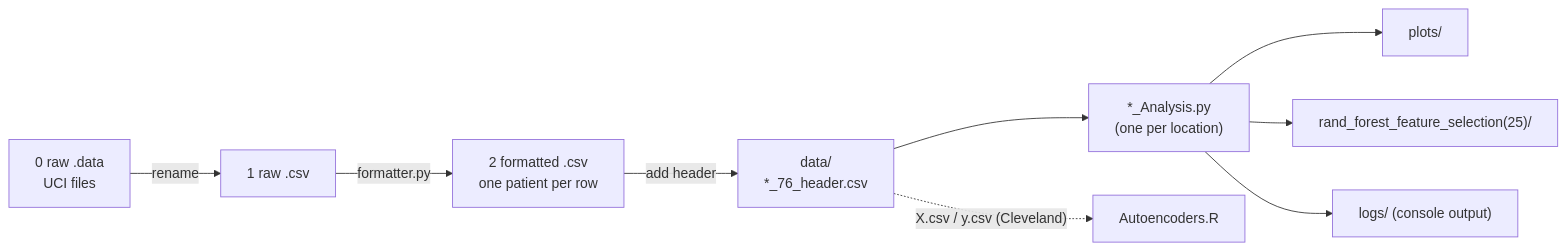
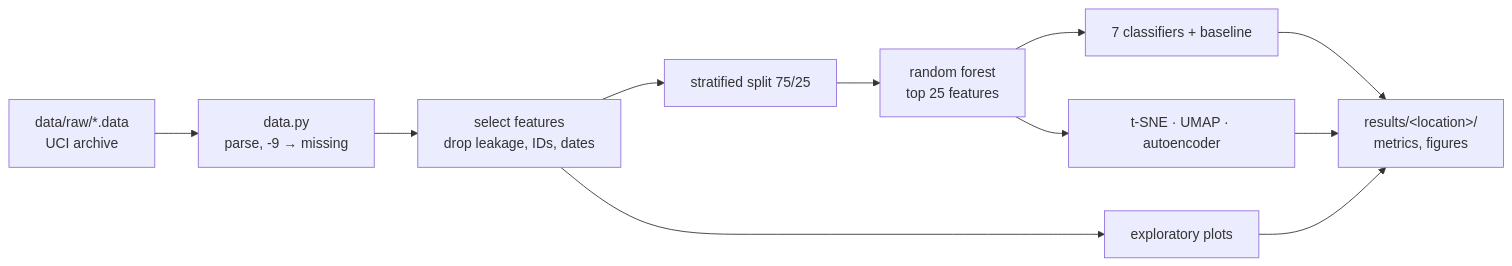
The diagram in README.md (HuberNicolas/heart-disease-risk-factors-uzh), drawn with Mermaid before and after one commit. The commit also changed other lines of this file and 4 other files, not shown here.

````diff
--- a/README.md
+++ b/README.md
@@ -68,11 +70,13 @@
 ```mermaid
 flowchart LR
-    raw["0 raw .data<br/>UCI files"] -->|rename| csv["1 raw .csv"]
-    csv -->|formatter.py| fmt["2 formatted .csv<br/>one patient per row"]
-    fmt -->|add header| data["data/<br/>*_76_header.csv"]
-    data --> analysis["*_Analysis.py<br/>(one per location)"]
-    analysis --> plots["plots/"]
-    analysis --> rf["rand_forest_feature_selection(25)/"]
-    analysis --> logs["logs/ (console output)"]
-    data -. "X.csv / y.csv (Cleveland)" .-> ae["Autoencoders.R"]
+    raw["data/raw/*.data<br/>UCI archive"] --> load["data.py<br/>parse, -9 → missing"]
+    load --> select["select features<br/>drop leakage, IDs, dates"]
+    select --> eda["exploratory plots"]
+    select --> split["stratified split 75/25"]
+    split --> rf["random forest<br/>top 25 features"]
+    rf --> emb["t-SNE · UMAP · autoencoder"]
+    rf --> clf["7 classifiers + baseline"]
+    clf --> out["results/&lt;location&gt;/<br/>metrics, figures"]
+    emb --> out
+    eda --> out
 ```
````
